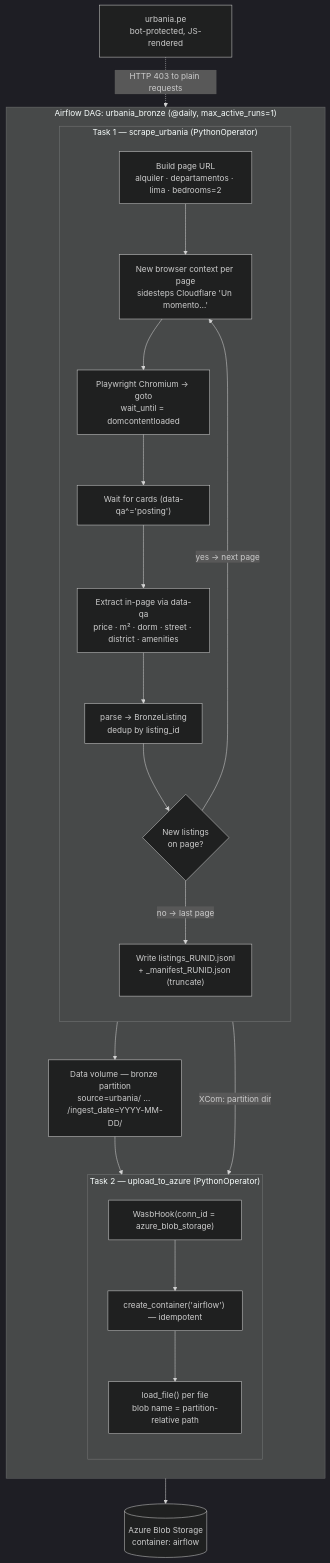
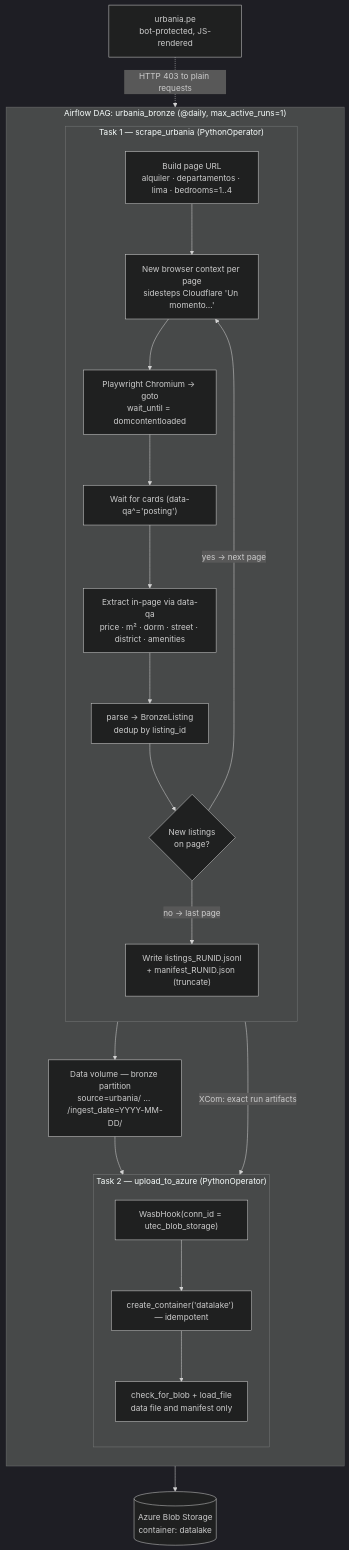
One commit to pipaber/RealState_WebScrape_Airflow changed the diagram in README.md. Above: the diagram before and after it, drawn with Mermaid (dark theme). The commit also changed other lines of this file and 9 other files, not shown here.

````diff
--- a/README.md
+++ b/README.md
@@ -220,41 +228,41 @@
 ```mermaid
 flowchart TD
     URB["urbania.pe<br/>bot-protected, JS-rendered"]
-    AZ[("Azure Blob Storage<br/>container: airflow")]
+    AZ[("Azure Blob Storage<br/>container: datalake")]
 
     subgraph DAG["Airflow DAG: urbania_bronze  (@daily, max_active_runs=1)"]
         direction TB
 
         subgraph S["Task 1 — scrape_urbania (PythonOperator)"]
             direction TB
-            P1["Build page URL<br/>alquiler · departamentos · lima · bedrooms=2"]
+            P1["Build page URL<br/>alquiler · departamentos · lima · bedrooms=1..4"]
             P2["New browser context per page<br/>sidesteps Cloudflare 'Un momento…'"]
             P3["Playwright Chromium → goto<br/>wait_until = domcontentloaded"]
             P4["Wait for cards (data-qa^='posting')"]
             P5["Extract in-page via data-qa<br/>price · m² · dorm · street · district · amenities"]
             P6["parse → BronzeListing<br/>dedup by listing_id"]
             P7{"New listings<br/>on page?"}
-            P8["Write listings_RUNID.jsonl<br/>+ _manifest_RUNID.json (truncate)"]
+            P8["Write listings_RUNID.jsonl<br/>+ manifest_RUNID.json (truncate)"]
             P1 --> P2 --> P3 --> P4 --> P5 --> P6 --> P7
             P7 -- "yes → next page" --> P2
             P7 -- "no → last page" --> P8
         end
 
         VOL["Data volume — bronze partition<br/>source=urbania/ … /ingest_date=YYYY-MM-DD/"]
 
         subgraph U["Task 2 — upload_to_azure (PythonOperator)"]
             direction TB
-            U1["WasbHook(conn_id = azure_blob_storage)"]
-            U2["create_container('airflow') — idempotent"]
-            U3["load_file() per file<br/>blob name = partition-relative path"]
+            U1["WasbHook(conn_id = utec_blob_storage)"]
+            U2["create_container('datalake') — idempotent"]
+            U3["check_for_blob + load_file<br/>data file and manifest only"]
             U1 --> U2 --> U3
         end
 
-        S -- "XCom: partition dir" --> U
+        S -- "XCom: exact run artifacts" --> U
     end
 
     URB -. "HTTP 403 to plain requests" .-> P3
     P8 --> VOL
     VOL --> U3
     U3 --> AZ
 ```
````
